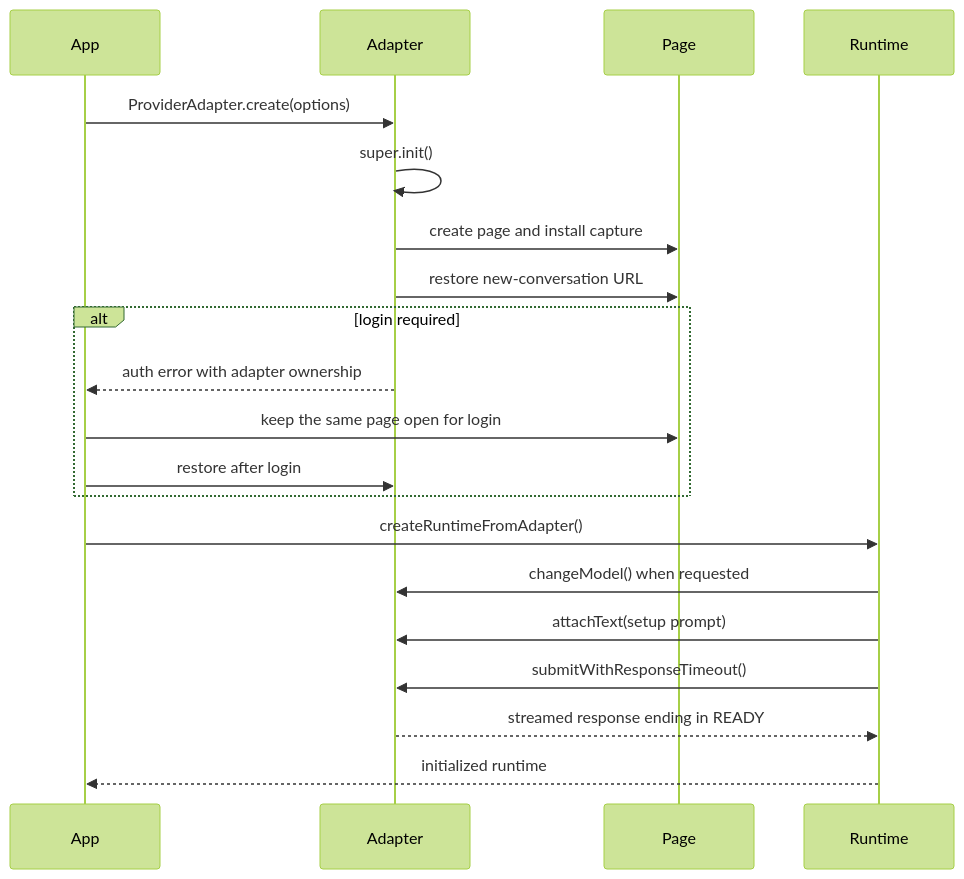
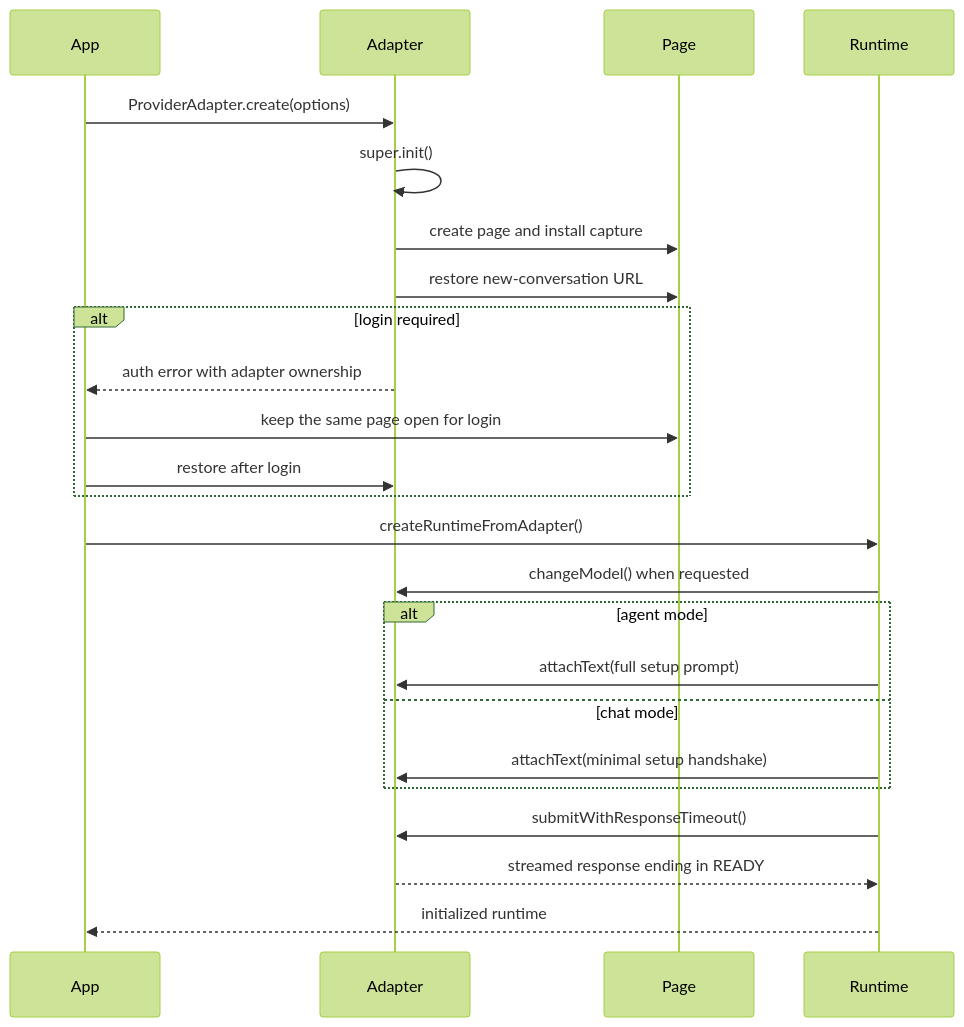
Before and after one commit to kabxx/portal: the first of 2 diagrams in docs/provider-development.md, drawn with Mermaid (forest theme). The commit also changed other lines of this file and 35 other files, not shown here.

Commit message:
feat: add chat thread creation mode

````diff
--- a/docs/provider-development.md
+++ b/docs/provider-development.md
@@ -31,23 +31,27 @@
 ```mermaid
 sequenceDiagram
     participant App
     participant Adapter
     participant Page
     participant Runtime
 
     App->>Adapter: ProviderAdapter.create(options)
     Adapter->>Adapter: super.init()
     Adapter->>Page: create page and install capture
     Adapter->>Page: restore new-conversation URL
     alt login required
         Adapter-->>App: auth error with adapter ownership
         App->>Page: keep the same page open for login
         App->>Adapter: restore after login
     end
     App->>Runtime: createRuntimeFromAdapter()
     Runtime->>Adapter: changeModel() when requested
-    Runtime->>Adapter: attachText(setup prompt)
+    alt agent mode
+        Runtime->>Adapter: attachText(full setup prompt)
+    else chat mode
+        Runtime->>Adapter: attachText(minimal setup handshake)
+    end
     Runtime->>Adapter: submitWithResponseTimeout()
     Adapter-->>Runtime: streamed response ending in READY
     Runtime-->>App: initialized runtime
 ```
````
